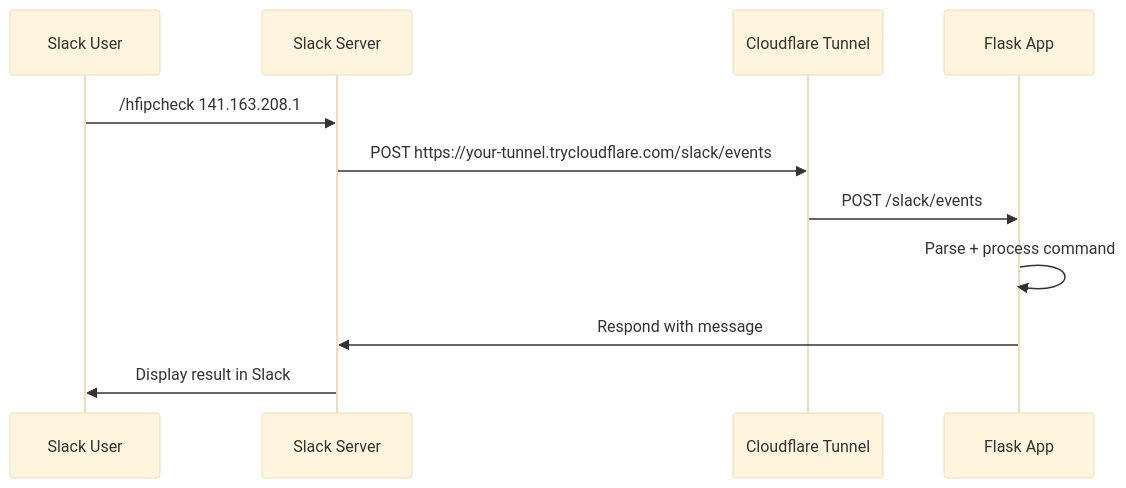
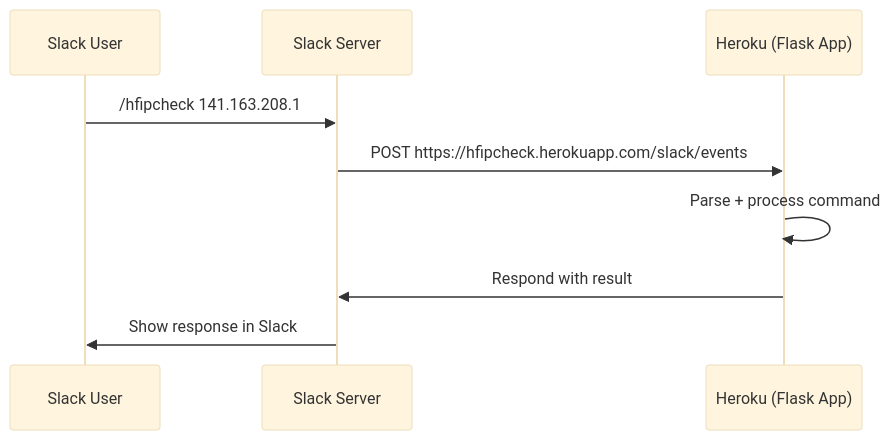
The diagram in README.md (yusgoose1204/hfipcheck), drawn with Mermaid (base theme) before and after one commit.

Commit message:
Update README with new flow summary

````diff
--- a/README.md
+++ b/README.md
@@ -99,14 +99,12 @@
 ```mermaid
 sequenceDiagram
   participant U as Slack User
   participant S as Slack Server
-  participant C as Cloudflare Tunnel
-  participant F as Flask App
+  participant H as Heroku (Flask App)
 
   U->>S: /hfipcheck 141.163.208.1
-  S->>C: POST https://your-tunnel.trycloudflare.com/slack/events
-  C->>F: POST /slack/events
-  F->>F: Parse + process command
-  F->>S: Respond with message
-  S->>U: Display result in Slack
+  S->>H: POST https://hfipcheck.herokuapp.com/slack/events
+  H->>H: Parse + process command
+  H->>S: Respond with result
+  S->>U: Show response in Slack
 ```
````
